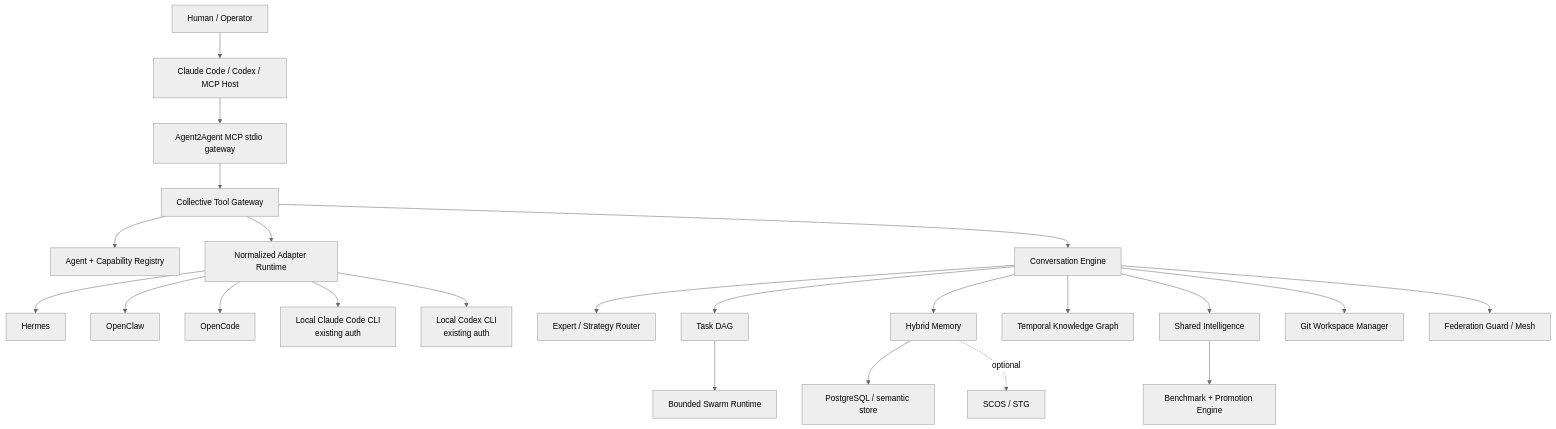
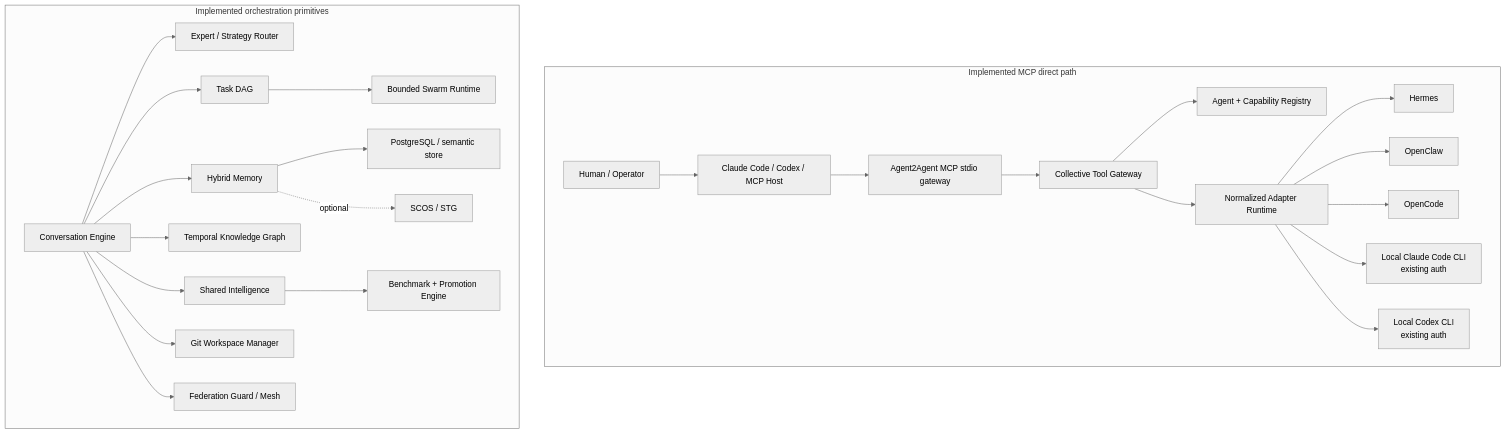
Before and after one commit to dylmarriner/agent2agent: the diagram in README.md, drawn with Mermaid (neutral theme). The commit also changed other lines of this file, not shown here.

Commit message:
docs: clarify MCP runtime boundaries

````diff
--- a/README.md
+++ b/README.md
@@ -95,25 +98,29 @@
 ```mermaid
 flowchart TB
-    Human[Human / Operator] --> Host[Claude Code / Codex / MCP Host]
-    Host --> MCP[Agent2Agent MCP stdio gateway]
-    MCP --> Gateway[Collective Tool Gateway]
-    Gateway --> Registry[Agent + Capability Registry]
-    Gateway --> Adapters[Normalized Adapter Runtime]
-    Adapters --> Hermes[Hermes]
-    Adapters --> OpenClaw[OpenClaw]
-    Adapters --> OpenCode[OpenCode]
-    Adapters --> Claude[Local Claude Code CLI\nexisting auth]
-    Adapters --> Codex[Local Codex CLI\nexisting auth]
-    Gateway --> Conversation[Conversation Engine]
-    Conversation --> Router[Expert / Strategy Router]
-    Conversation --> Tasks[Task DAG]
-    Tasks --> Swarm[Bounded Swarm Runtime]
-    Conversation --> Memory[Hybrid Memory]
-    Memory --> Authoritative[PostgreSQL / semantic store]
-    Memory -. optional .-> STG[SCOS / STG]
-    Conversation --> Graph[Temporal Knowledge Graph]
-    Conversation --> Intelligence[Shared Intelligence]
-    Intelligence --> Eval[Benchmark + Promotion Engine]
-    Conversation --> Workspaces[Git Workspace Manager]
-    Conversation --> Federation[Federation Guard / Mesh]
+    subgraph MCPPath[Implemented MCP direct path]
+        Human[Human / Operator] --> Host[Claude Code / Codex / MCP Host]
+        Host --> MCP[Agent2Agent MCP stdio gateway]
+        MCP --> Gateway[Collective Tool Gateway]
+        Gateway --> Registry[Agent + Capability Registry]
+        Gateway --> Adapters[Normalized Adapter Runtime]
+        Adapters --> Hermes[Hermes]
+        Adapters --> OpenClaw[OpenClaw]
+        Adapters --> OpenCode[OpenCode]
+        Adapters --> Claude[Local Claude Code CLI\nexisting auth]
+        Adapters --> Codex[Local Codex CLI\nexisting auth]
+    end
+
+    subgraph Core[Implemented orchestration primitives]
+        Conversation[Conversation Engine] --> Router[Expert / Strategy Router]
+        Conversation --> Tasks[Task DAG]
+        Tasks --> Swarm[Bounded Swarm Runtime]
+        Conversation --> Memory[Hybrid Memory]
+        Memory --> Authoritative[PostgreSQL / semantic store]
+        Memory -. optional .-> STG[SCOS / STG]
+        Conversation --> Graph[Temporal Knowledge Graph]
+        Conversation --> Intelligence[Shared Intelligence]
+        Intelligence --> Eval[Benchmark + Promotion Engine]
+        Conversation --> Workspaces[Git Workspace Manager]
+        Conversation --> Federation[Federation Guard / Mesh]
+    end
 ```
````
